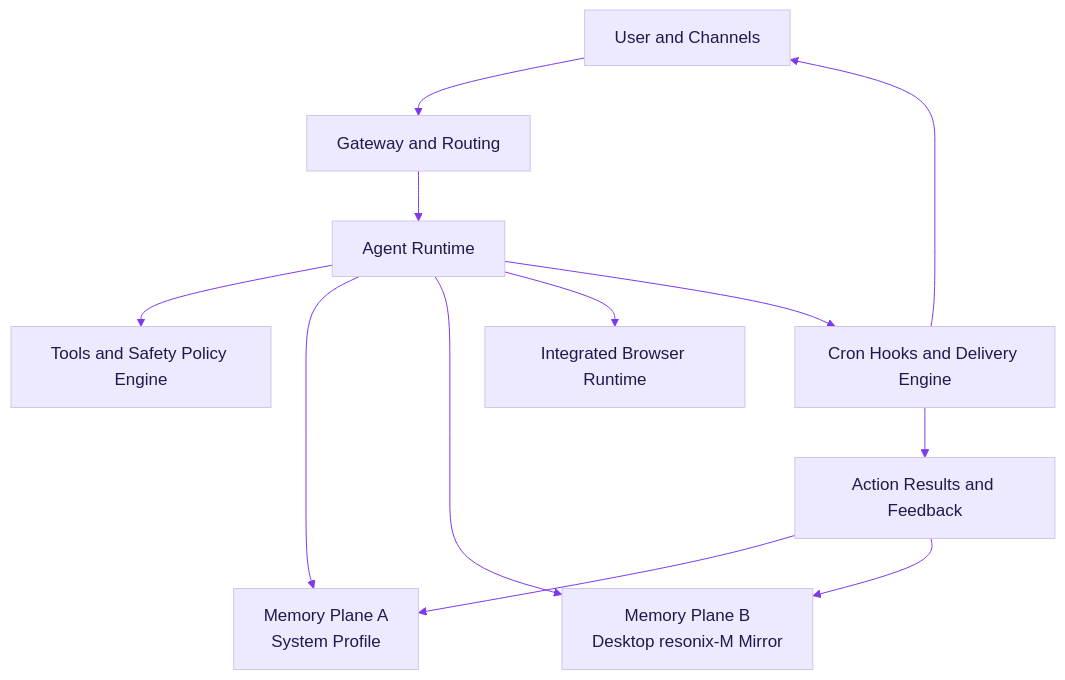
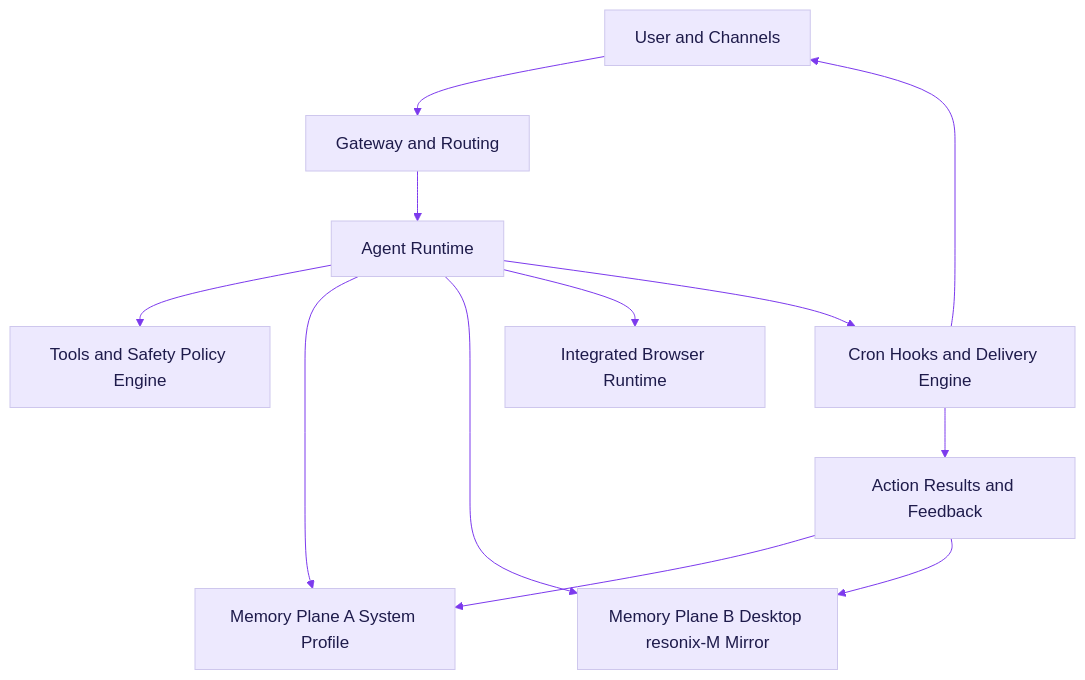
Before and after one commit to mangiapanejohn-dev/Resonix-AG: the first of 2 diagrams in README.md, drawn with Mermaid. The commit also changed other lines of this file, not shown here.

````diff
--- a/README.md
+++ b/README.md
@@ -117,15 +43,15 @@
 ```mermaid
 %%{init: {'theme': 'base', 'themeVariables': { 'fontSize': '17px', 'primaryTextColor': '#1E1B4B', 'lineColor': '#7C3AED', 'primaryColor': '#EDE9FE', 'tertiaryColor': '#F5F3FF', 'background': '#FFFFFF' }}}%%
 flowchart TB
   U[User and Channels] --> G[Gateway and Routing]
   G --> A[Agent Runtime]
   A --> T[Tools and Safety Policy Engine]
-  A --> M1[Memory Plane A<br/>System Profile]
-  A --> M2[Memory Plane B<br/>Desktop resonix-M Mirror]
+  A --> M1[Memory Plane A System Profile]
+  A --> M2[Memory Plane B Desktop resonix-M Mirror]
   A --> B[Integrated Browser Runtime]
   A --> C[Cron Hooks and Delivery Engine]
   C --> R[Action Results and Feedback]
   R --> M1
   R --> M2
   C --> U
 ```
````
